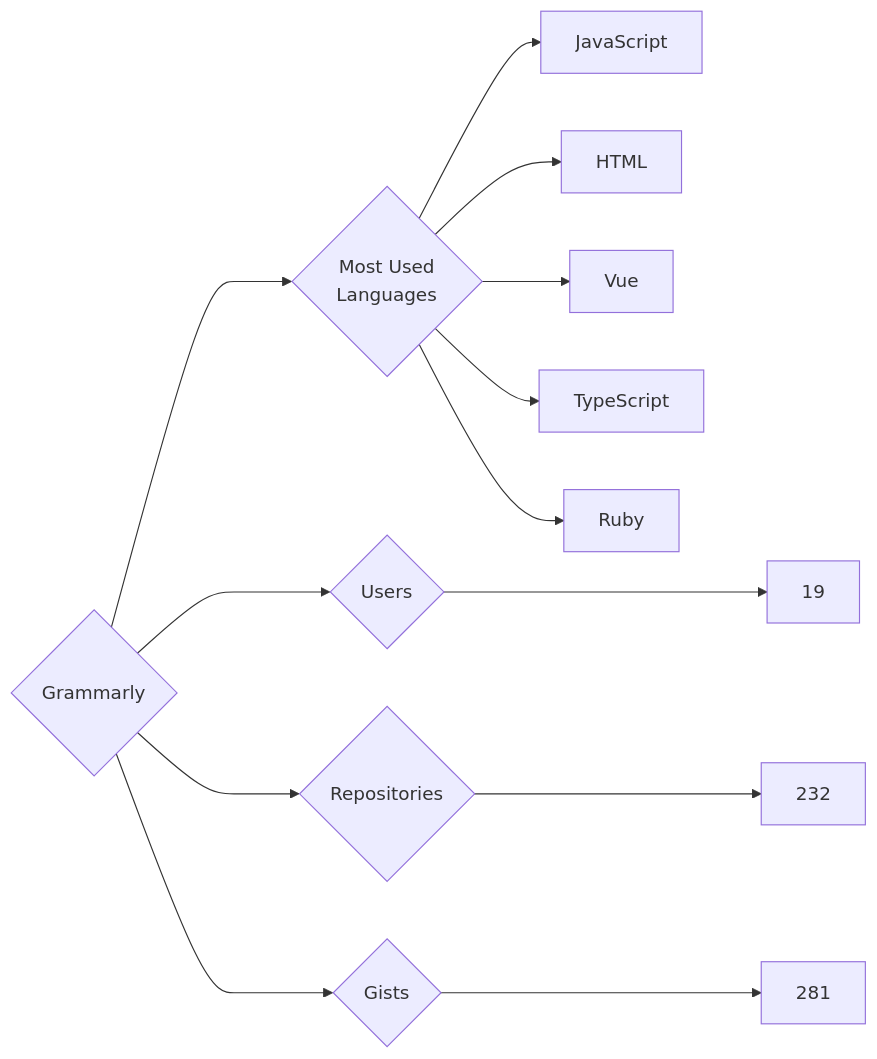
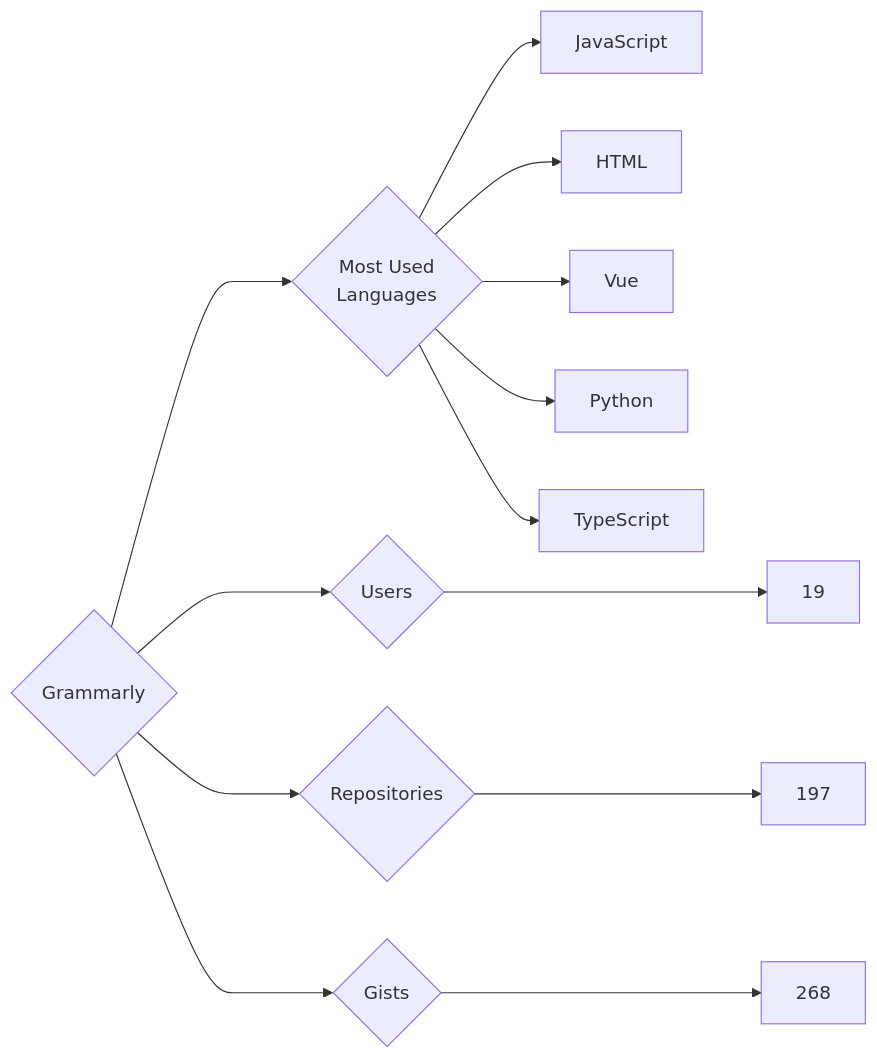
One commit to trickest/insiders changed the diagram in targets/Grammarly/README.md. Above: the diagram before and after it, drawn with Mermaid. The commit also changed 860 other files, not shown here.

````diff
--- a/targets/Grammarly/README.md
+++ b/targets/Grammarly/README.md
@@ -3,13 +3,13 @@
 ```mermaid
 graph LR
 COMPANY_NAME{Grammarly}
 COMPANY_NAME ---> U{Users} ---> UN[19]
-COMPANY_NAME ---> R{Repositories} ---> RN[232]
-COMPANY_NAME ---> G{Gists} ---> GN[281]
+COMPANY_NAME ---> R{Repositories} ---> RN[197]
+COMPANY_NAME ---> G{Gists} ---> GN[268]
 COMPANY_NAME ---> ML{Most Used<br>Languages}
 ML --> JavaScript[JavaScript]
 ML --> HTML[HTML]
 ML --> Vue[Vue]
+ML --> Python[Python]
 ML --> TypeScript[TypeScript]
-ML --> Ruby[Ruby]
 ```
````
